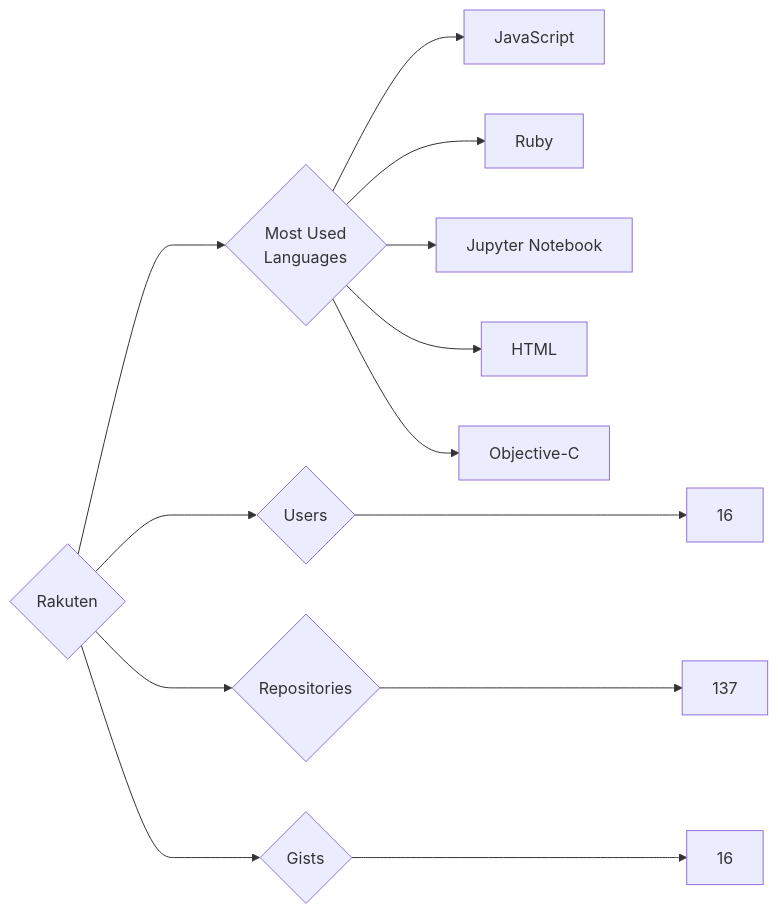
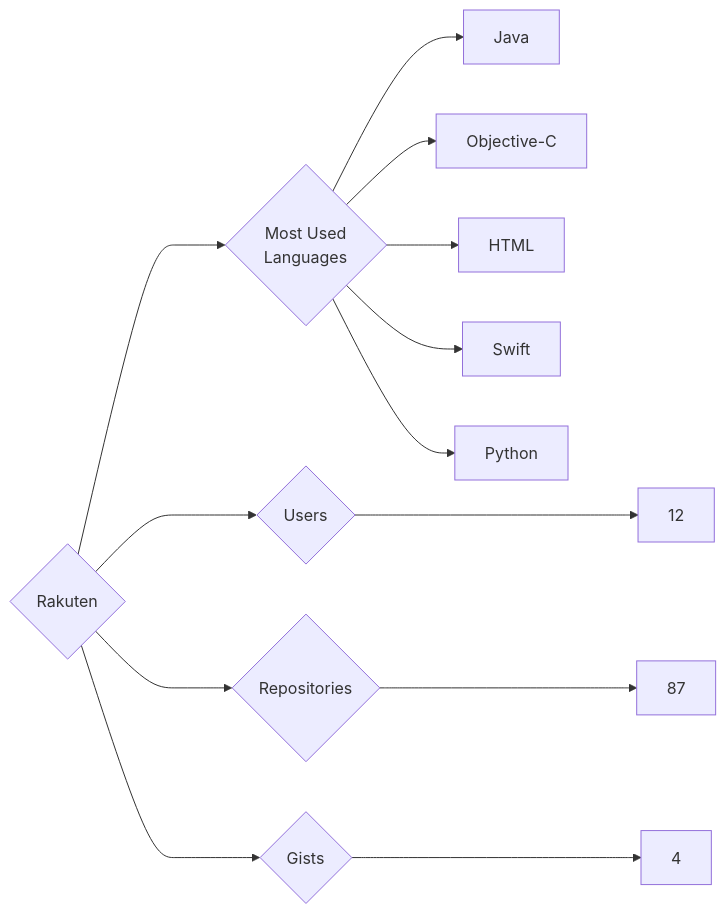
Before and after one commit to trickest/insiders: the diagram in targets/Rakuten/README.md, drawn with Mermaid. The commit also changed 939 other files, not shown here.

````diff
--- a/targets/Rakuten/README.md
+++ b/targets/Rakuten/README.md
@@ -3,13 +3,13 @@
 ```mermaid
 graph LR
 COMPANY_NAME{Rakuten}
-COMPANY_NAME ---> U{Users} ---> UN[16]
-COMPANY_NAME ---> R{Repositories} ---> RN[137]
-COMPANY_NAME ---> G{Gists} ---> GN[16]
+COMPANY_NAME ---> U{Users} ---> UN[12]
+COMPANY_NAME ---> R{Repositories} ---> RN[87]
+COMPANY_NAME ---> G{Gists} ---> GN[4]
 COMPANY_NAME ---> ML{Most Used<br>Languages}
-ML --> JavaScript[JavaScript]
-ML --> Ruby[Ruby]
-ML --> Jupyter_Notebook[Jupyter Notebook]
+ML --> Java[Java]
+ML --> Objective-C[Objective-C]
 ML --> HTML[HTML]
-ML --> Objective-C[Objective-C]
+ML --> Swift[Swift]
+ML --> Python[Python]
 ```
````
